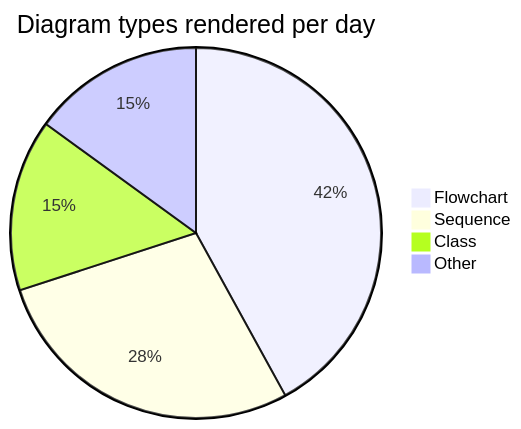
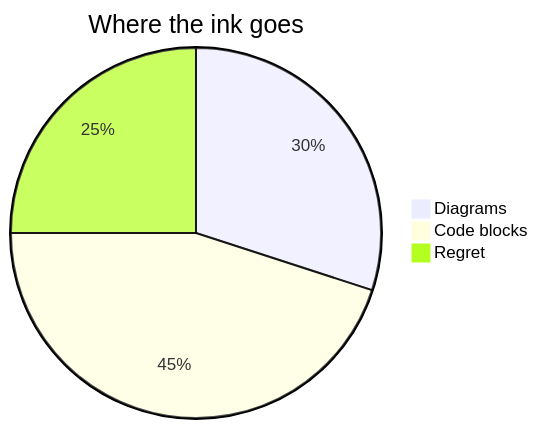
The tenth of 26 diagrams in tests/Mermaider.Tests/Fixtures/mermaid.md (nullean/mermaider), drawn with Mermaid before and after one commit. The commit also changed other lines of this file, not shown here.

Commit message:
Reword mermaid.md fixture prose for Mermaider; keep all diagram content intact

````diff
--- a/tests/Mermaider.Tests/Fixtures/mermaid.md
+++ b/tests/Mermaider.Tests/Fixtures/mermaid.md
@@ -152,8 +155,7 @@
 ```mermaid
 pie
-    title Diagram types rendered per day
-    "Flowchart" : 42
-    "Sequence" : 28
-    "Class" : 15
-    "Other" : 15
+    title Where the ink goes
+    "Diagrams" : 30
+    "Code blocks" : 45
+    "Regret" : 25
 ```
````
